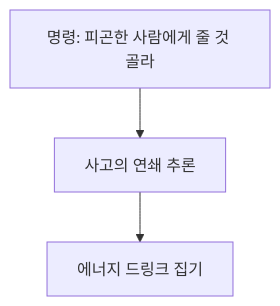
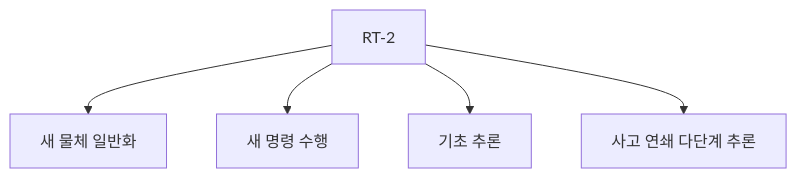
One commit to wjdgks7178/ai-mindmap changed the second of 2 diagrams in articles/rt-2.md. Above: the diagram before and after it, drawn with Mermaid. The commit also changed other lines of this file and 2 other files, not shown here.

````diff
--- a/articles/rt-2.md
+++ b/articles/rt-2.md
@@ -23,4 +23,7 @@
 ```mermaid
 flowchart TD
-  C["명령: 피곤한 사람에게 줄 것 골라"] --> T["사고의 연쇄 추론"] --> P["에너지 드링크 집기"]
+  R2["RT-2"] --> a["새 물체 일반화"]
+  R2 --> b["새 명령 수행"]
+  R2 --> c["기초 추론"]
+  R2 --> d["사고 연쇄 다단계 추론"]
 ```
````
